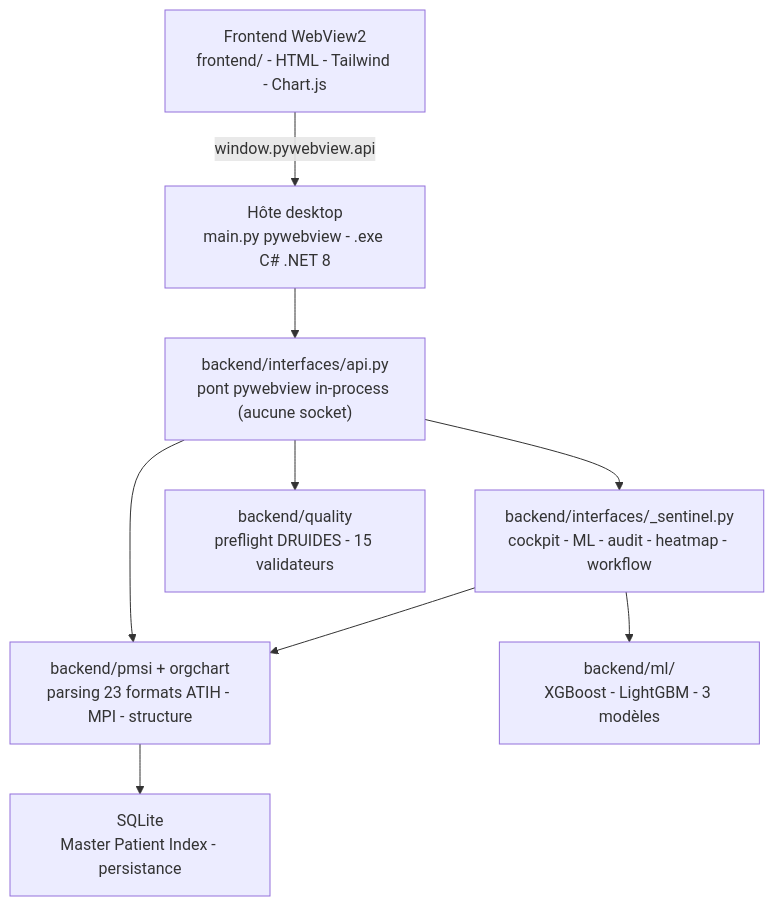
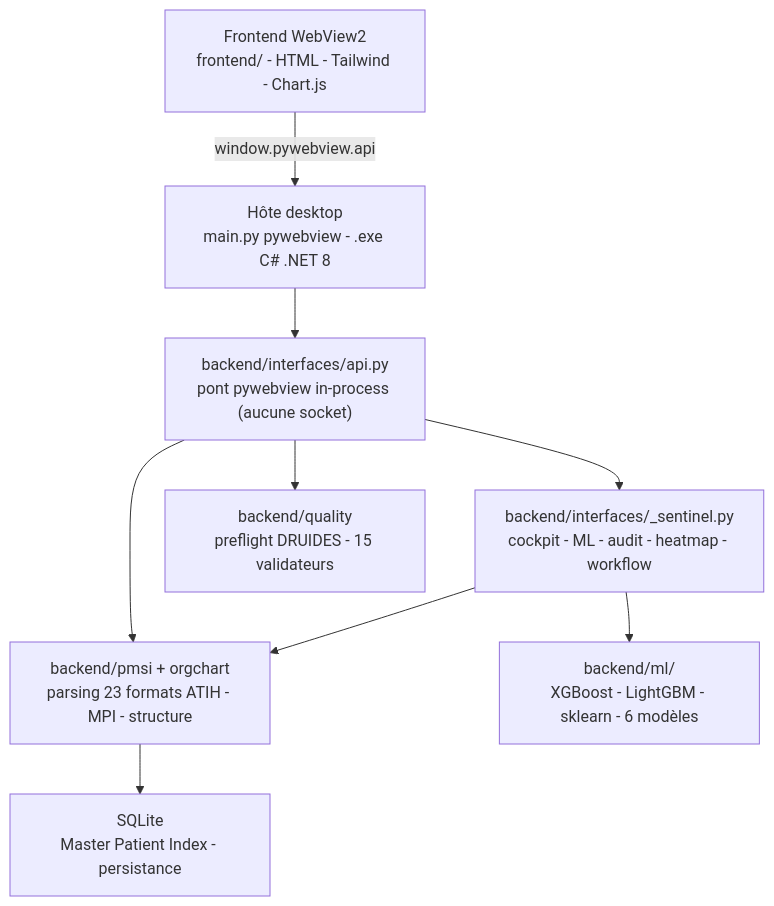
The diagram in README.md (Adam-Blf/sovereign_os_dim), drawn with Mermaid before and after one commit. The commit also changed other lines of this file and 76 other files, not shown here.

````diff
--- a/README.md
+++ b/README.md
@@ -37,18 +37,18 @@
 ```mermaid
 flowchart TB
     UI["Frontend WebView2<br/>frontend/ - HTML - Tailwind - Chart.js"]
     HOST["Hôte desktop<br/>main.py pywebview - .exe C# .NET 8"]
     API["backend/interfaces/api.py<br/>pont pywebview in-process (aucune socket)"]
     SENT["backend/interfaces/_sentinel.py<br/>cockpit - ML - audit - heatmap - workflow"]
     PROC["backend/pmsi + orgchart<br/>parsing 23 formats ATIH - MPI - structure"]
     AUDIT["backend/quality<br/>preflight DRUIDES - 15 validateurs"]
-    ML["backend/ml/<br/>XGBoost - LightGBM - 3 modèles"]
+    ML["backend/ml/<br/>XGBoost - LightGBM - sklearn - 6 modèles"]
     DB["SQLite<br/>Master Patient Index - persistance"]
 
     UI -->|window.pywebview.api| HOST --> API
     API --> SENT
     API --> PROC --> DB
     API --> AUDIT
     SENT --> ML
     SENT --> PROC
 ```
````
